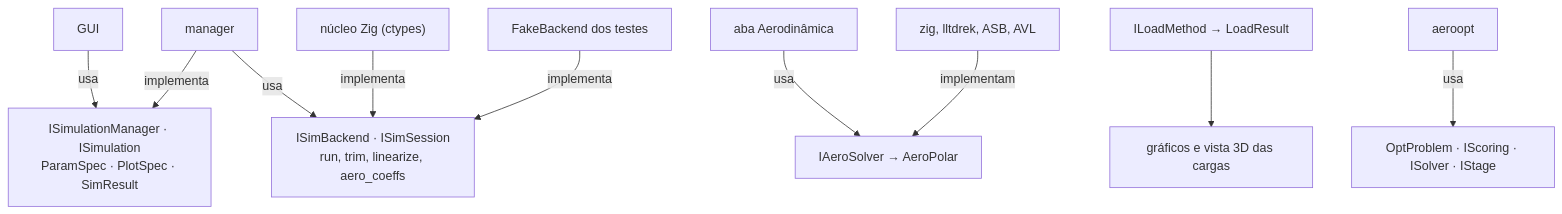
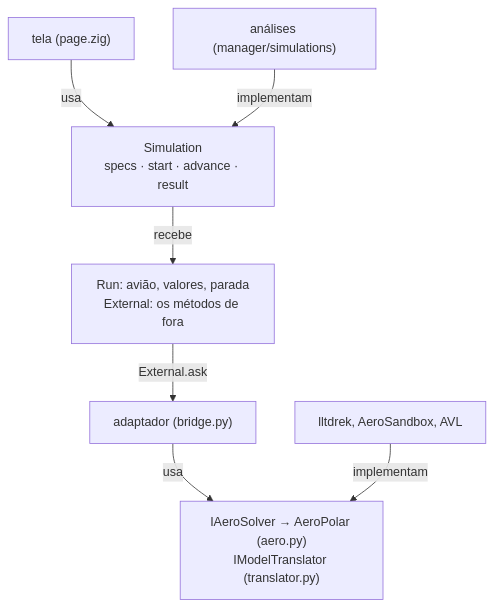
One commit to vitordallolivo/AircraftSimulation changed the diagram in aerosim/interfaces/README.md. Above: the diagram before and after it, drawn with Mermaid. The commit also changed other lines of this file and 38 other files, not shown here.

````diff
--- a/aerosim/interfaces/README.md
+++ b/aerosim/interfaces/README.md
@@ -12,12 +11,9 @@
 ```mermaid
 flowchart TB
-    GUI["GUI"] -->|usa| SM["ISimulationManager · ISimulation<br/>ParamSpec · PlotSpec · SimResult"]
-    MAN["manager"] -->|implementa| SM
-    MAN -->|usa| BE["ISimBackend · ISimSession<br/>run, trim, linearize, aero_coeffs"]
-    ZIG["núcleo Zig (ctypes)"] -->|implementa| BE
-    FAKE["FakeBackend dos testes"] -->|implementa| BE
-    TAB["aba Aerodinâmica"] -->|usa| AE["IAeroSolver → AeroPolar"]
-    MET["zig, lltdrek, ASB, AVL"] -->|implementam| AE
-    LD["ILoadMethod → LoadResult"] --> GR["gráficos e vista 3D das cargas"]
-    OPT["aeroopt"] -->|usa| OP["OptProblem · IScoring · ISolver · IStage"]
+    TELA["tela (page.zig)"] -->|usa| SIM["Simulation<br/>specs · start · advance · result"]
+    AN["análises (manager/simulations)"] -->|implementam| SIM
+    SIM -->|recebe| RUN["Run: avião, valores, parada<br/>External: os métodos de fora"]
+    RUN -->|External.ask| BR["adaptador (bridge.py)"]
+    BR -->|usa| AE["IAeroSolver → AeroPolar (aero.py)<br/>IModelTranslator (translator.py)"]
+    MET["lltdrek, AeroSandbox, AVL"] -->|implementam| AE
 ```
````
